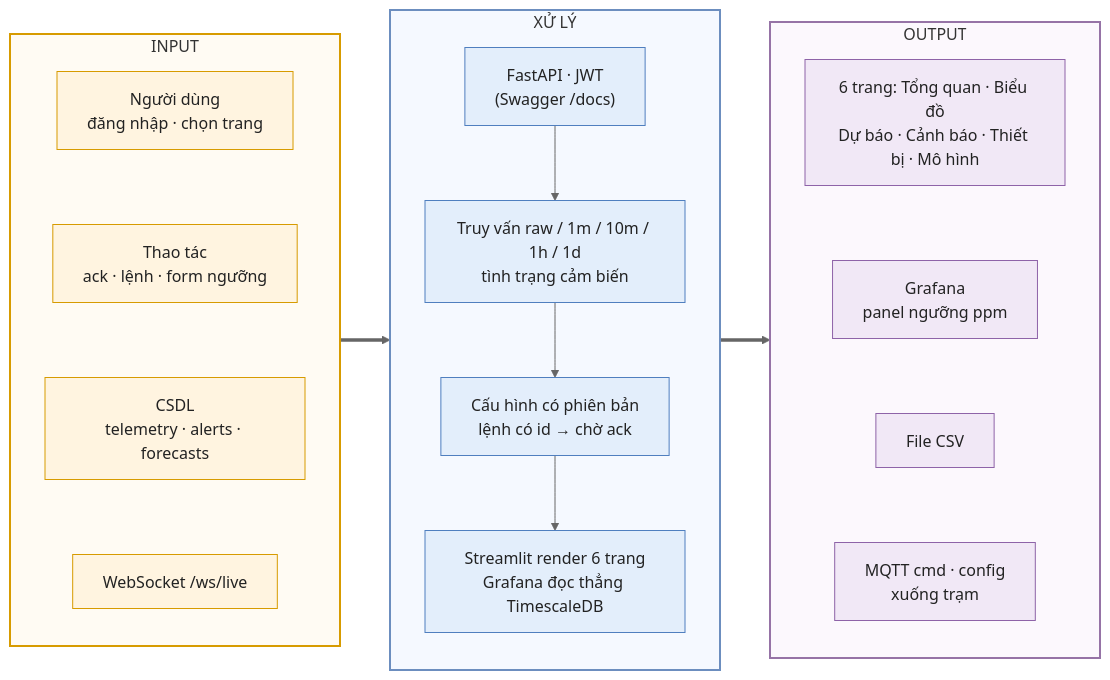
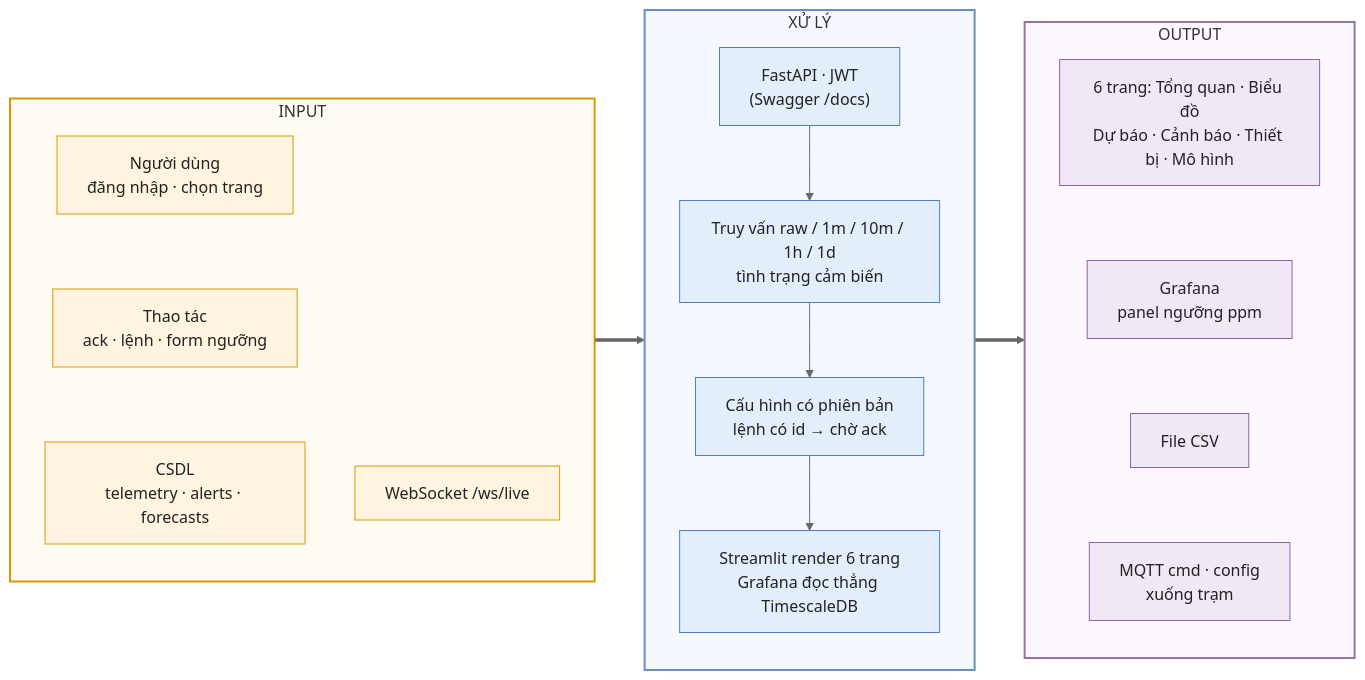
Before and after one commit to danhle396/pythonnhung: the fifth of 6 diagrams in docs/architecture/ipo.md, drawn with Mermaid (neutral theme). The commit also changed other lines of this file and 176 other files, not shown here.

````diff
--- a/docs/architecture/ipo.md
+++ b/docs/architecture/ipo.md
@@ -213,37 +209,37 @@
 ```mermaid
 flowchart LR
     subgraph I["INPUT"]
         direction TB
         i1["Người dùng<br/>đăng nhập · chọn trang"]
         i2["Thao tác<br/>ack · lệnh · form ngưỡng"]
         i3["CSDL<br/>telemetry · alerts · forecasts"]
         i4["WebSocket /ws/live"]
-        i1 ~~~ i2 ~~~ i3 ~~~ i4
+        i1 ~~~ i2 ~~~ i3
     end
     subgraph P["XỬ LÝ"]
         direction TB
         p1["FastAPI · JWT<br/>(Swagger /docs)"]
         p2["Truy vấn raw / 1m / 10m / 1h / 1d<br/>tình trạng cảm biến"]
         p3["Cấu hình có phiên bản<br/>lệnh có id → chờ ack"]
         p4["Streamlit render 6 trang<br/>Grafana đọc thẳng TimescaleDB"]
         p1 --> p2 --> p3 --> p4
     end
     subgraph O["OUTPUT"]
         direction TB
         o1["6 trang: Tổng quan · Biểu đồ<br/>Dự báo · Cảnh báo · Thiết bị · Mô hình"]
         o2["Grafana<br/>panel ngưỡng ppm"]
         o3["File CSV"]
         o4["MQTT cmd · config<br/>xuống trạm"]
         o1 ~~~ o2 ~~~ o3 ~~~ o4
     end
     I ==> P ==> O
     classDef inp fill:#FFF4E0,stroke:#D79B00,color:#222
     classDef prc fill:#E3EEFB,stroke:#4F7FBF,color:#222
     classDef out fill:#F1E8F6,stroke:#8E63A8,color:#222
     class i1,i2,i3,i4 inp
     class p1,p2,p3,p4 prc
     class o1,o2,o3,o4 out
     style I fill:#FFFBF3,stroke:#D79B00,stroke-width:2px
     style P fill:#F5F9FF,stroke:#6C8EBF,stroke-width:2px
     style O fill:#FCF8FD,stroke:#9673A6,stroke-width:2px
 ```
````
